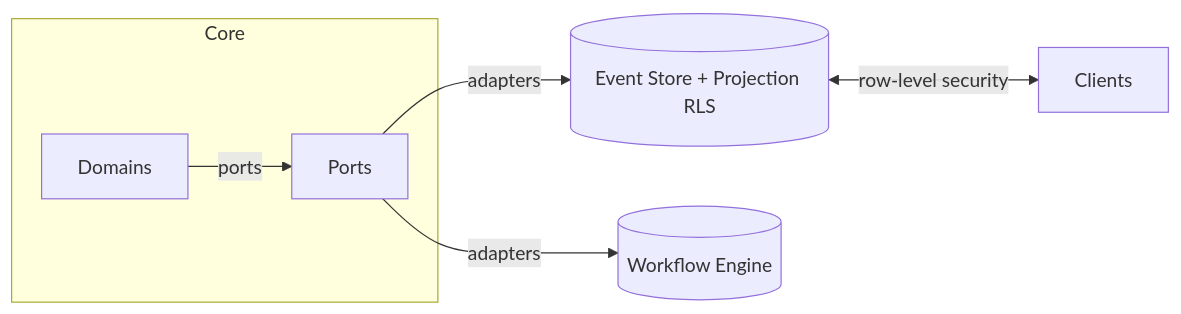
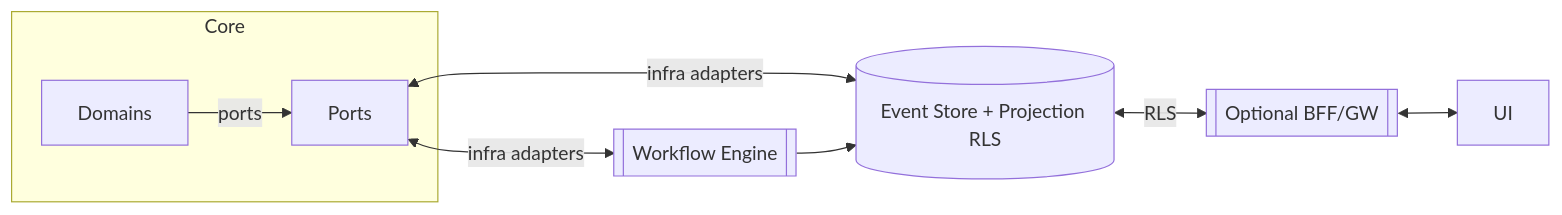
Before and after one commit to geeewhy/intent: the second of 3 diagrams in README.md, drawn with Mermaid. The commit also changed other lines of this file and 1 other file, not shown here.

Commit message:
feat(docs): enhance architecture diagrams

````diff
--- a/README.md
+++ b/README.md
@@ -84,9 +109,9 @@
 ```mermaid
 flowchart LR
   subgraph Core
     Domains --ports--> Ports
   end
-  Ports --adapters--> Postgres[(Event Store + Projection RLS)]
-  Ports --adapters--> Temporal[(Workflow Engine)]
-  Postgres <--row-level security--> Clients
+  Ports <--infra adapters--> Postgres[(Event Store + Projection RLS)]
+  Ports <--infra adapters --> Router[[Workflow Engine]] --> Postgres
+  Postgres <-- RLS--> GW[[Optional BFF/GW]] <--> UI
 ```
````
